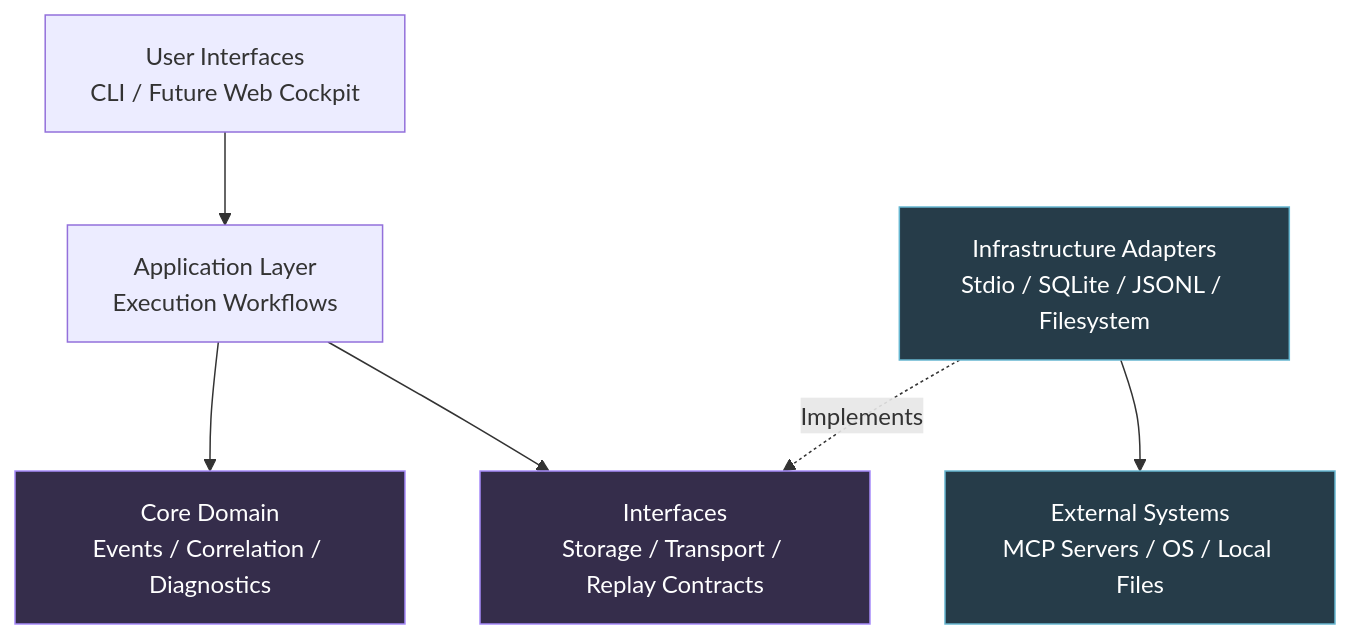
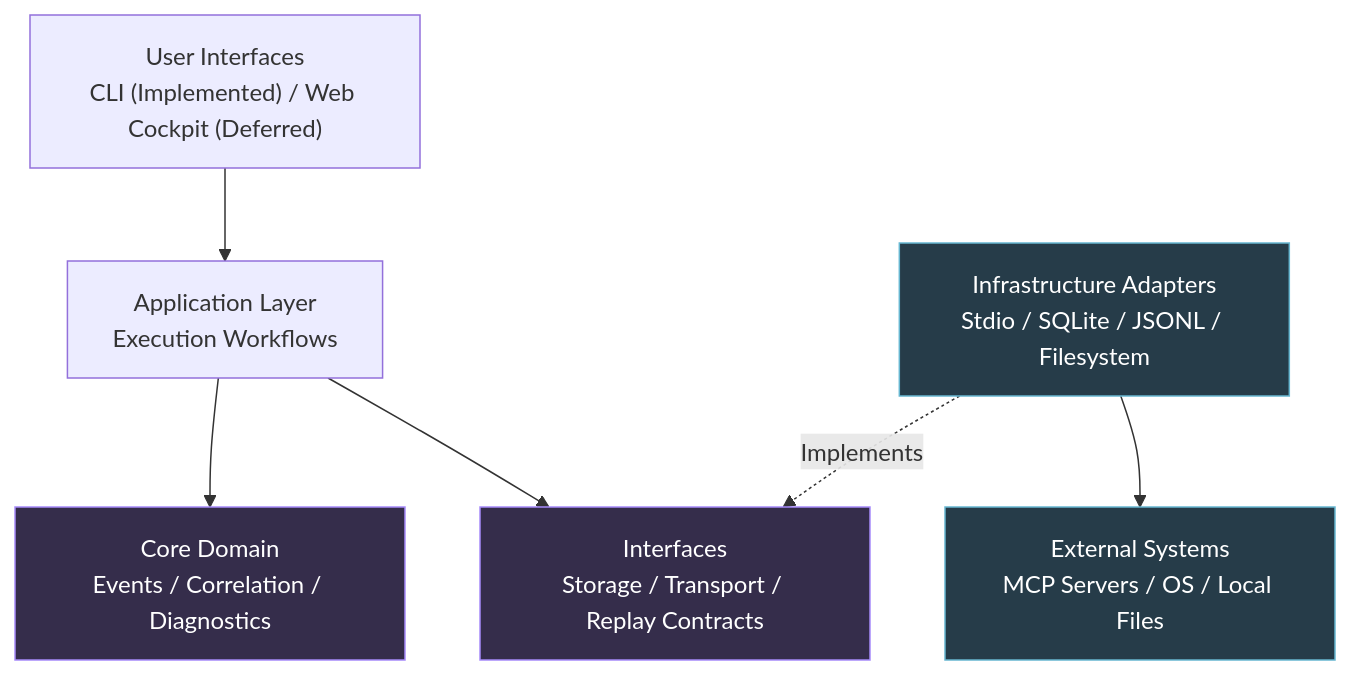
The fourth of 4 diagrams in README.md (PulkitPradhan/AERLOG), drawn with Mermaid before and after one commit. The commit also changed other lines of this file and 36 other files, not shown here.

````diff
--- a/README.md
+++ b/README.md
@@ -499,26 +499,26 @@
 ```mermaid
 flowchart TB
-    UI["User Interfaces<br/>CLI / Future Web Cockpit"]
+    UI["User Interfaces<br/>CLI (Implemented) / Web Cockpit (Deferred)"]
 
     APP["Application Layer<br/>Execution Workflows"]
 
     DOMAIN["Core Domain<br/>Events / Correlation / Diagnostics"]
 
     PORTS["Interfaces<br/>Storage / Transport / Replay Contracts"]
 
     ADAPTERS["Infrastructure Adapters<br/>Stdio / SQLite / JSONL / Filesystem"]
 
     SYSTEMS["External Systems<br/>MCP Servers / OS / Local Files"]
 
     UI --> APP
     APP --> DOMAIN
     APP --> PORTS
     ADAPTERS -.->|"Implements"| PORTS
     ADAPTERS --> SYSTEMS
 
     classDef core fill:#352d4b,stroke:#a78bfa,color:#ffffff
     classDef infra fill:#263c49,stroke:#67b7d1,color:#ffffff
 
     class DOMAIN,PORTS core
     class ADAPTERS,SYSTEMS infra
 ```
````
